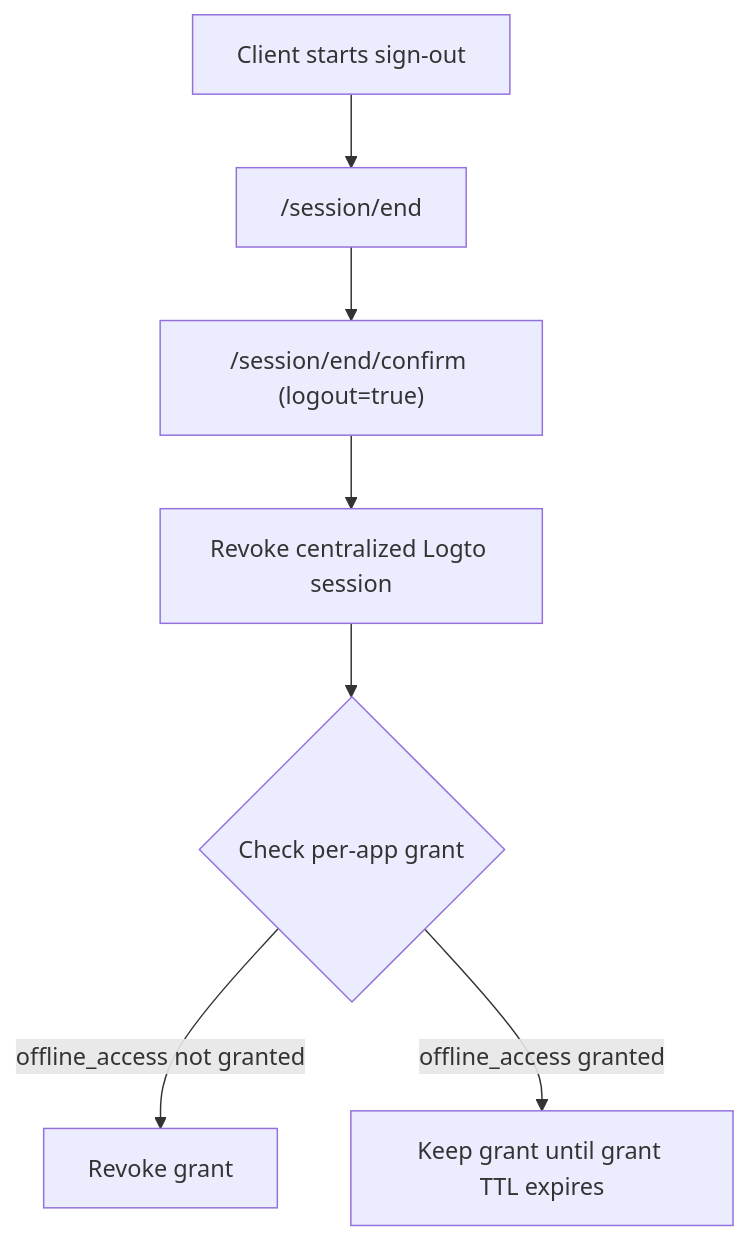
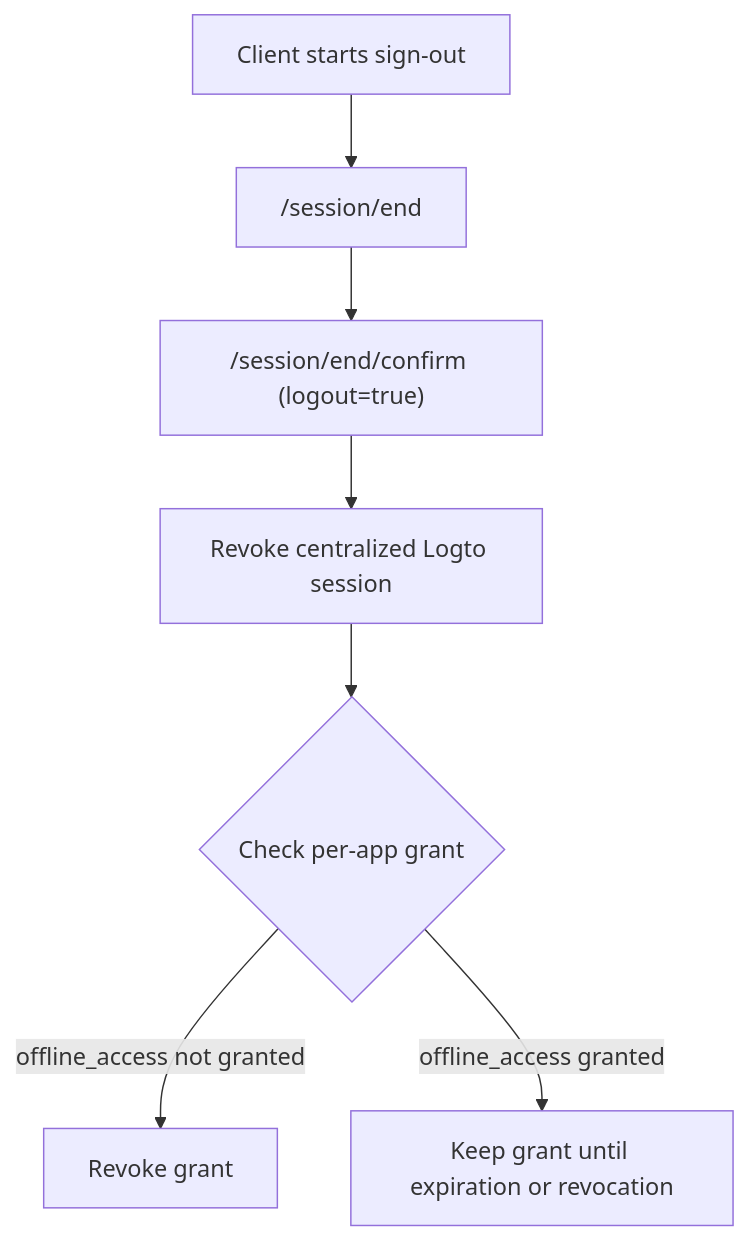
The diagram in docs/end-user-flows/sign-out.mdx (logto-io/docs), drawn with Mermaid before and after one commit. The commit also changed other lines of this file and 2 other files, not shown here.

First line of the commit message:
docs: clarify refresh token and grant TTL rules (#1407)

````diff
--- a/docs/end-user-flows/sign-out.mdx
+++ b/docs/end-user-flows/sign-out.mdx
@@ -45,9 +45,9 @@
 ```mermaid
 flowchart TD
   A["Client starts sign-out"] --> B["/session/end"]
   B --> C["/session/end/confirm (logout=true)"]
   C --> D["Revoke centralized Logto session"]
   D --> E{"Check per-app grant"}
   E -->|"offline_access not granted"| F["Revoke grant"]
-  E -->|"offline_access granted"| G["Keep grant until grant TTL expires"]
+  E -->|"offline_access granted"| G["Keep grant until expiration or revocation"]
 ```
````
